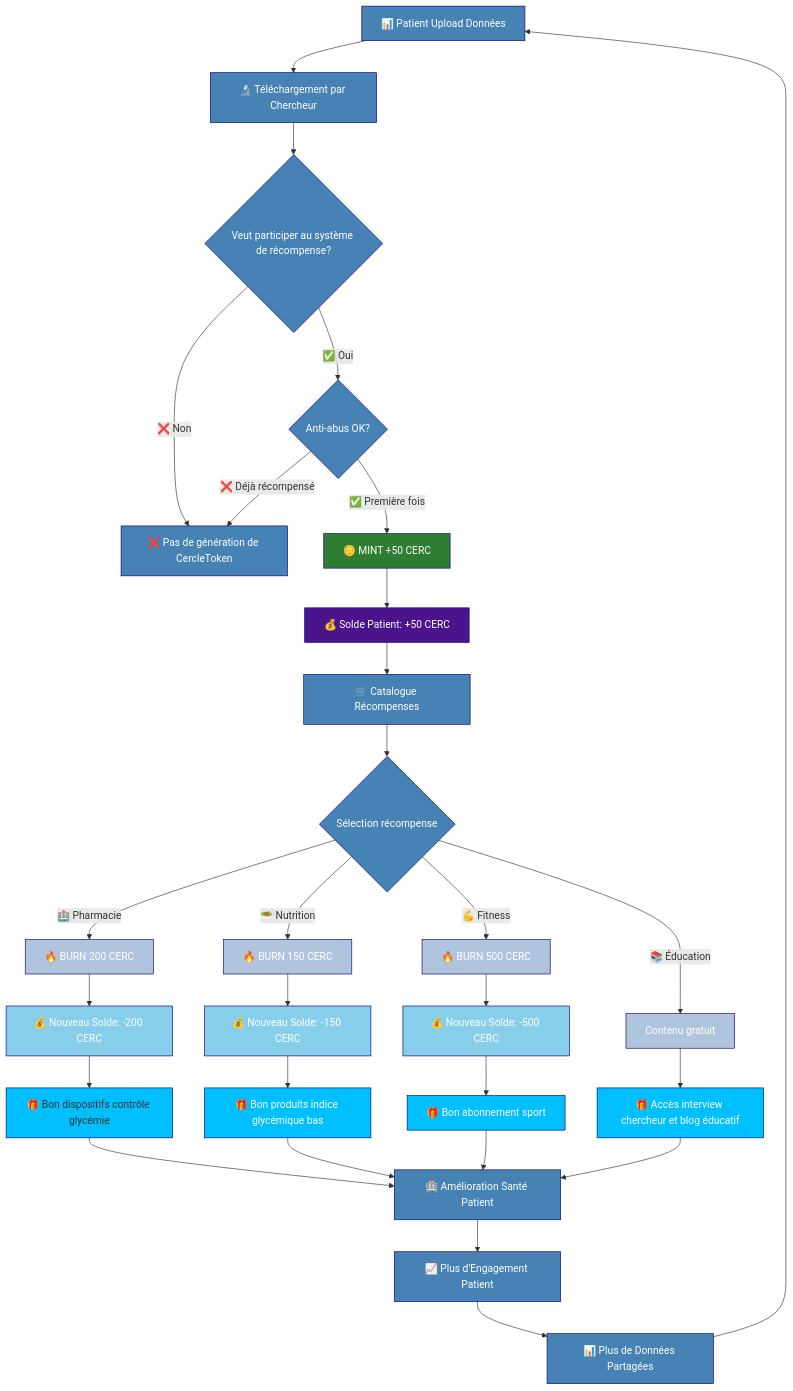
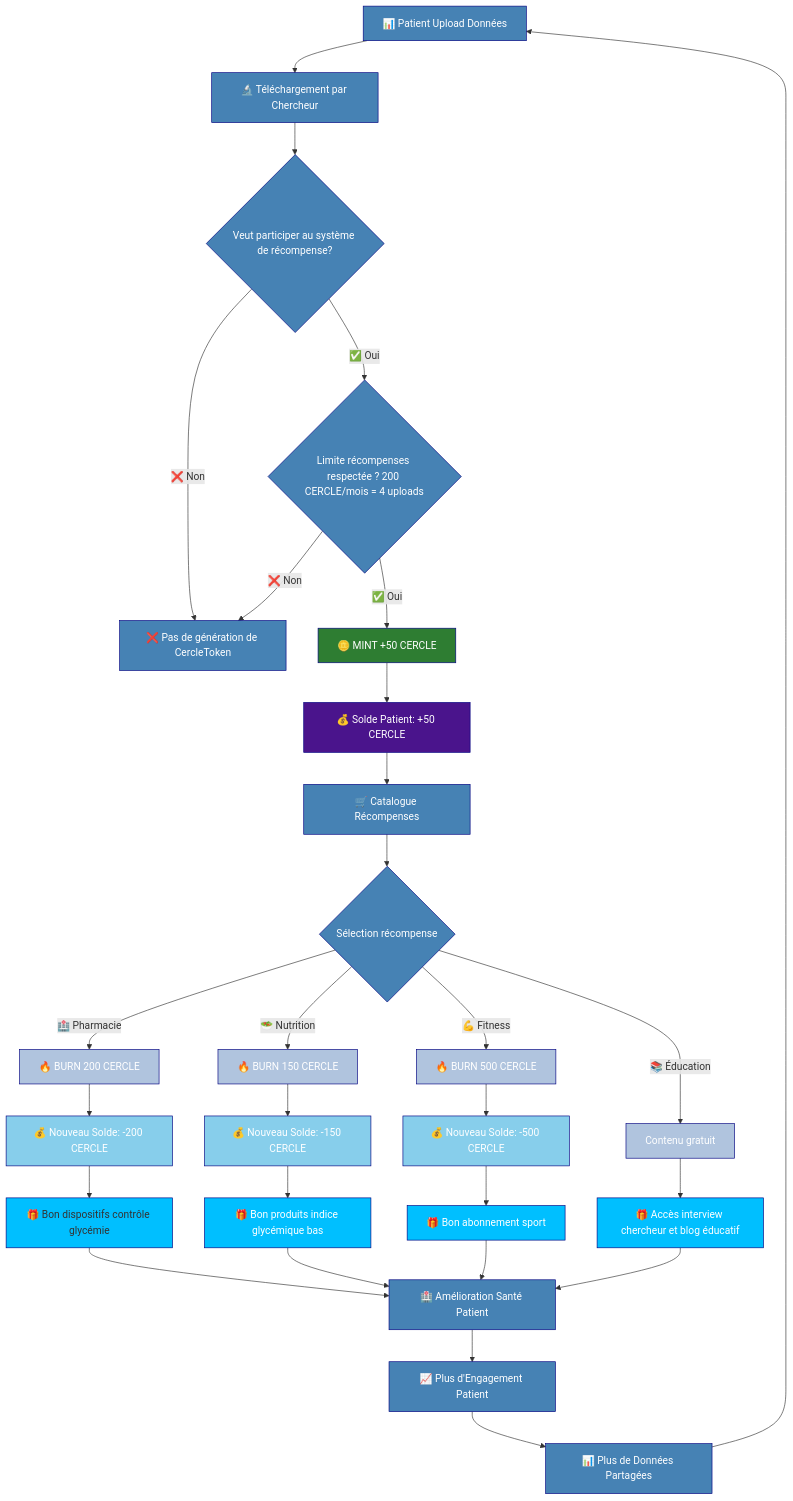
One commit to lasiouce/mon_cercle_sante changed the first of 2 diagrams in README.md. Above: the diagram before and after it, drawn with Mermaid. The commit also changed other lines of this file, not shown here.

Commit message:
update doc with roadMap + FAQ

````diff
--- a/README.md
+++ b/README.md
@@ -27,58 +93,58 @@
 ```mermaid
 graph TD
 A[📊 Patient Upload Données] --> B[🔬 Téléchargement par Chercheur]
 
 B --> N{Veut participer au système de récompense?}
-N -->|✅ Oui| C{Anti-abus OK?}
+N -->|✅ Oui| C{Limite récompenses respectée ? 200 CERCLE/mois = 4 uploads}
 N -->|❌ Non| X[❌ Pas de génération de CercleToken]
 
-C -->|✅ Première fois| D[🪙 MINT +50 CERC]
-C -->|❌ Déjà récompensé| X[❌ Pas de génération de CercleToken]
+C -->|✅ Oui| D[🪙 MINT +50 CERCLE]
+C -->|❌ Non| X[❌ Pas de génération de CercleToken]
 
-D --> E[💰 Solde Patient: +50 CERC]
+D --> E[💰 Solde Patient: +50 CERCLE]
 
 E --> F[🛒 Catalogue Récompenses]
 F --> G{Sélection récompense}
 
-G -->|🏥 Pharmacie| H1[🔥 BURN 200 CERC]
-G -->|🥗 Nutrition| H2[🔥 BURN 150 CERC]
-G -->|💪 Fitness| H3[🔥 BURN 500 CERC]
+G -->|🏥 Pharmacie| H1[🔥 BURN 200 CERCLE]
+G -->|🥗 Nutrition| H2[🔥 BURN 150 CERCLE]
+G -->|💪 Fitness| H3[🔥 BURN 500 CERCLE]
 G -->|📚 Éducation| H4[Contenu gratuit]
 
-H1 --> I1[💰 Nouveau Solde: -200 CERC]
-H2 --> I2[💰 Nouveau Solde: -150 CERC]
-H3 --> I3[💰 Nouveau Solde: -500 CERC]
+H1 --> I1[💰 Nouveau Solde: -200 CERCLE]
+H2 --> I2[💰 Nouveau Solde: -150 CERCLE]
+H3 --> I3[💰 Nouveau Solde: -500 CERCLE]
 
 
 I1 --> J1[🎁 Bon dispositifs contrôle glycémie]
 I2 --> J2[🎁 Bon produits indice glycémique bas]
 I3 --> J3[🎁 Bon abonnement sport]
 H4 --> J4[🎁 Accès interview chercheur et blog éducatif]
 
 J1 --> K[🏥 Amélioration Santé Patient]
 J2 --> K
 J3 --> K
 J4 --> K
 
 K --> L[📈 Plus d'Engagement Patient]
 L --> M[📊 Plus de Données Partagées]
 M --> A
 
 %% Styles avec couleurs foncées pour texte blancAdd commentMore actions
     style D fill:#2E7D32,stroke:#000080,stroke-width:1px,color:#FFFFFF
     style E fill:#4A148C,stroke:#000080,stroke-width:1px,color:#FFFFFF
     style H1 fill:#B0C4DE,stroke:#000080,stroke-width:1px,color:#FFFFFF
     style H2 fill:#B0C4DE,stroke:#000080,stroke-width:1px,color:#FFFFFF
     style H3 fill:#B0C4DE,stroke:#000080,stroke-width:1px,color:#FFFFFF
     style H4 fill:#B0C4DE,stroke:#000080,stroke-width:1px,color:#FFFFFF
     style I1 fill:#87CEEB,stroke:#000080,stroke-width:1px,color:#FFFFFF
     style I2 fill:#87CEEB,stroke:#000080,stroke-width:1px,color:#FFFFFF
     style I3 fill:#87CEEB,stroke:#000080,stroke-width:1px,color:#FFFFFF
     style J1 fill:#00BFFF,stroke:#000080,stroke-width:1px,color:#FFFFFFAdd commentMore actions
     style J2 fill:#00BFFF,stroke:#000080,stroke-width:1px,color:#FFFFFF
     style J3 fill:#00BFFF,stroke:#000080,stroke-width:1px,color:#FFFFFF
     style J4 fill:#00BFFF,stroke:#000080,stroke-width:1px,color:#FFFFFF
     
     classDef tokenFlow fill:#4682B4,stroke:#000080,stroke-width:1px,color:#FFFFFF
     class A,B,C,F,G,K,L,M,N,X tokenFlow
 ```
````
